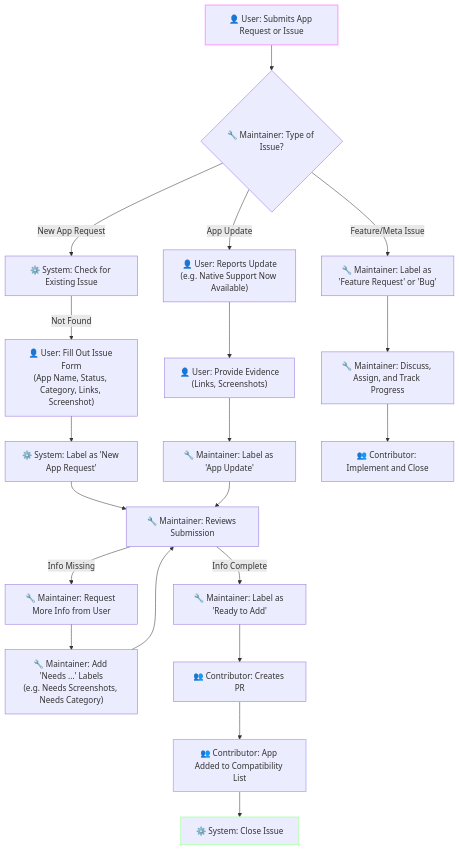
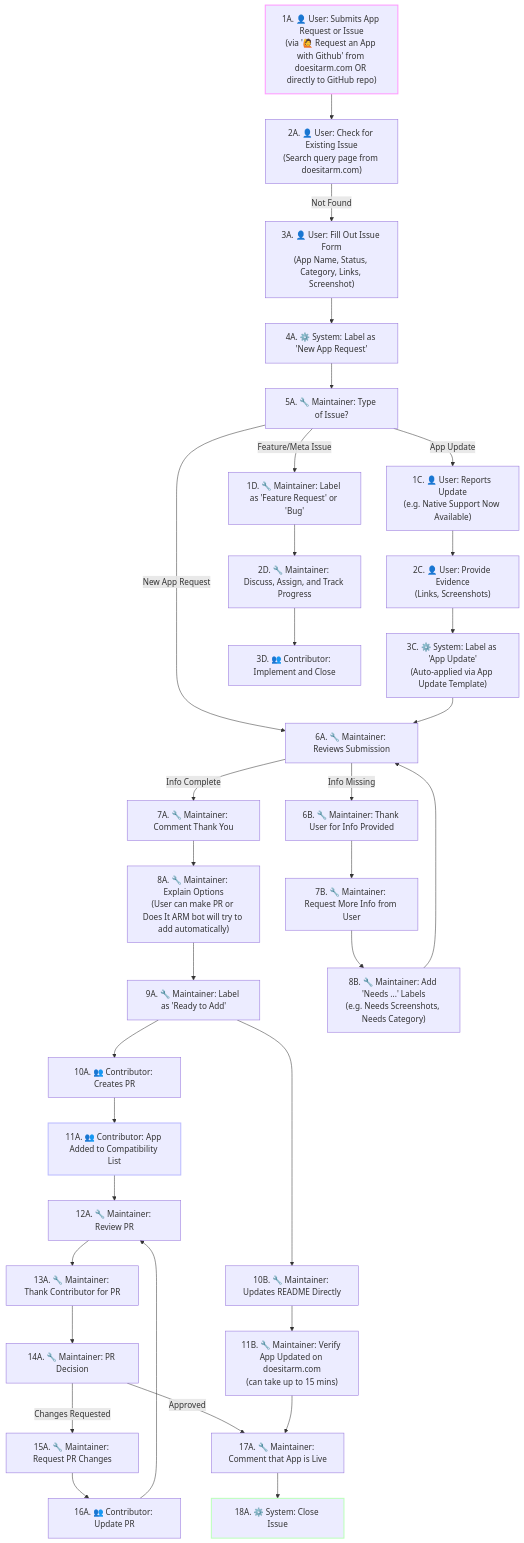
One commit to ThatGuySam/doesitarm changed the diagram in docs/app-flow.md. Above: the diagram before and after it, drawn with Mermaid.

Commit message:
update: add more detail to flow

````diff
--- a/docs/app-flow.md
+++ b/docs/app-flow.md
@@ -16,28 +16,42 @@
 ```mermaid
 flowchart TD
-    A["👤 User: Submits App Request or Issue"] --> B{"🔧 Maintainer: Type of Issue?"}
-    B -- New App Request --> C["⚙️ System: Check for Existing Issue"]
-    C -- Not Found --> D["👤 User: Fill Out Issue Form<br/>(App Name, Status, Category, Links, Screenshot)"]
-    D --> E["⚙️ System: Label as 'New App Request'"]
-    E --> F["🔧 Maintainer: Reviews Submission"]
-    F -- Info Complete --> G["🔧 Maintainer: Label as 'Ready to Add'"]
-    F -- Info Missing --> H["🔧 Maintainer: Request More Info from User"]
-    H --> H2["🔧 Maintainer: Add 'Needs ...' Labels<br/>(e.g. Needs Screenshots, Needs Category)"]
+    A["1A. 👤 User: Submits App Request or Issue<br/>(via '🙋 Request an App with Github' from doesitarm.com OR directly to GitHub repo)"] --> B["2A. 👤 User: Check for Existing Issue<br/>(Search query page from doesitarm.com)"]
+    B -- Not Found --> C["3A. 👤 User: Fill Out Issue Form<br/>(App Name, Status, Category, Links, Screenshot)"]
+    C --> D["4A. ⚙️ System: Label as 'New App Request'"]
+    D --> E["5A. 🔧 Maintainer: Type of Issue?"]
+    E -- New App Request --> F["6A. 🔧 Maintainer: Reviews Submission"]
+    F -- Info Complete --> F2["7A. 🔧 Maintainer: Comment Thank You"]
+    F2 --> F3["8A. 🔧 Maintainer: Explain Options<br/>(User can make PR or Does It ARM bot will try to add automatically)"]
+    F3 --> G["9A. 🔧 Maintainer: Label as 'Ready to Add'"]
+    F -- Info Missing --> H0["6B. 🔧 Maintainer: Thank User for Info Provided"]
+    H0 --> H["7B. 🔧 Maintainer: Request More Info from User"]
+    H --> H2["8B. 🔧 Maintainer: Add 'Needs ...' Labels<br/>(e.g. Needs Screenshots, Needs Category)"]
     H2 --> F
-    G --> I["👥 Contributor: Creates PR"]
-    I --> J["👥 Contributor: App Added to Compatibility List"]
-    J --> K["⚙️ System: Close Issue"]
+    
+    G --> I["10A. 👥 Contributor: Creates PR"]
+    G --> I2["10B. 🔧 Maintainer: Updates README Directly"]
+    I --> J["11A. 👥 Contributor: App Added to Compatibility List"]
+    I2 --> I3["11B. 🔧 Maintainer: Verify App Updated on doesitarm.com<br/>(can take up to 15 mins)"]
+    J --> J1["12A. 🔧 Maintainer: Review PR"]
+    J1 --> J2["13A. 🔧 Maintainer: Thank Contributor for PR"]
+    J2 --> J3["14A. 🔧 Maintainer: PR Decision"]
+    J3 -- Changes Requested --> J4["15A. 🔧 Maintainer: Request PR Changes"]
+    J4 --> J5["16A. 👥 Contributor: Update PR"]
+    J5 --> J1
+    J3 -- Approved --> L1["17A. 🔧 Maintainer: Comment that App is Live"]
+    I3 --> L1
+    L1 --> K["18A. ⚙️ System: Close Issue"]
 
-    B -- App Update --> L["👤 User: Reports Update<br/>(e.g. Native Support Now Available)"]
-    L --> M["👤 User: Provide Evidence<br/>(Links, Screenshots)"]
-    M --> N["🔧 Maintainer: Label as 'App Update'"]
+    E -- App Update --> L["1C. 👤 User: Reports Update<br/>(e.g. Native Support Now Available)"]
+    L --> M["2C. 👤 User: Provide Evidence<br/>(Links, Screenshots)"]
+    M --> N["3C. ⚙️ System: Label as 'App Update'<br/>(Auto-applied via App Update Template)"]
     N --> F
 
-    B -- Feature/Meta Issue --> O["🔧 Maintainer: Label as 'Feature Request' or 'Bug'"]
-    O --> P["🔧 Maintainer: Discuss, Assign, and Track Progress"]
-    P --> Q["👥 Contributor: Implement and Close"]
+    E -- Feature/Meta Issue --> O["1D. 🔧 Maintainer: Label as 'Feature Request' or 'Bug'"]
+    O --> P["2D. 🔧 Maintainer: Discuss, Assign, and Track Progress"]
+    P --> Q["3D. 👥 Contributor: Implement and Close"]
 
     style A stroke:#f9f,stroke-width:2px
     style J stroke:#bbf,stroke-width:2px
     style K stroke:#bfb,stroke-width:2px
 ```
````
